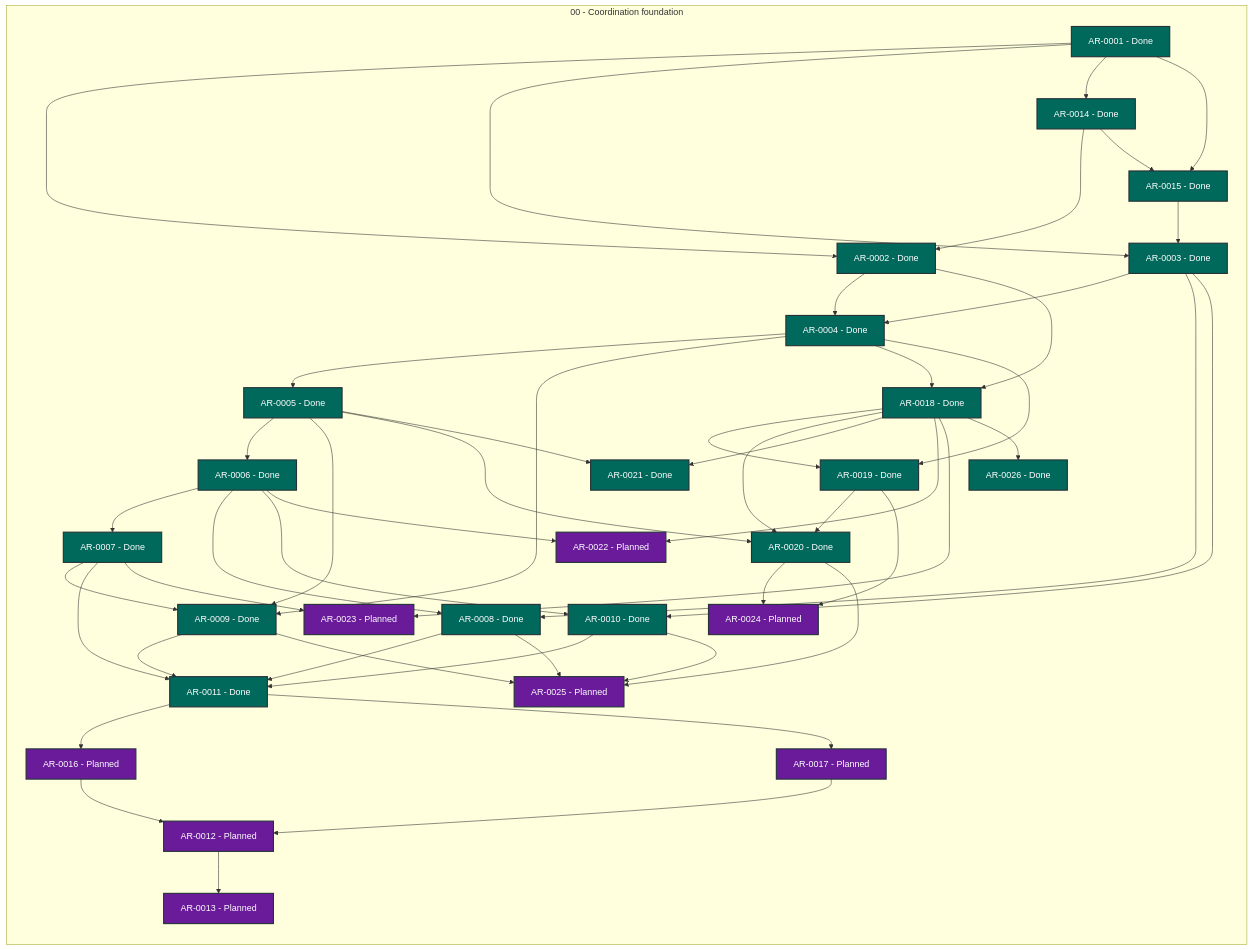
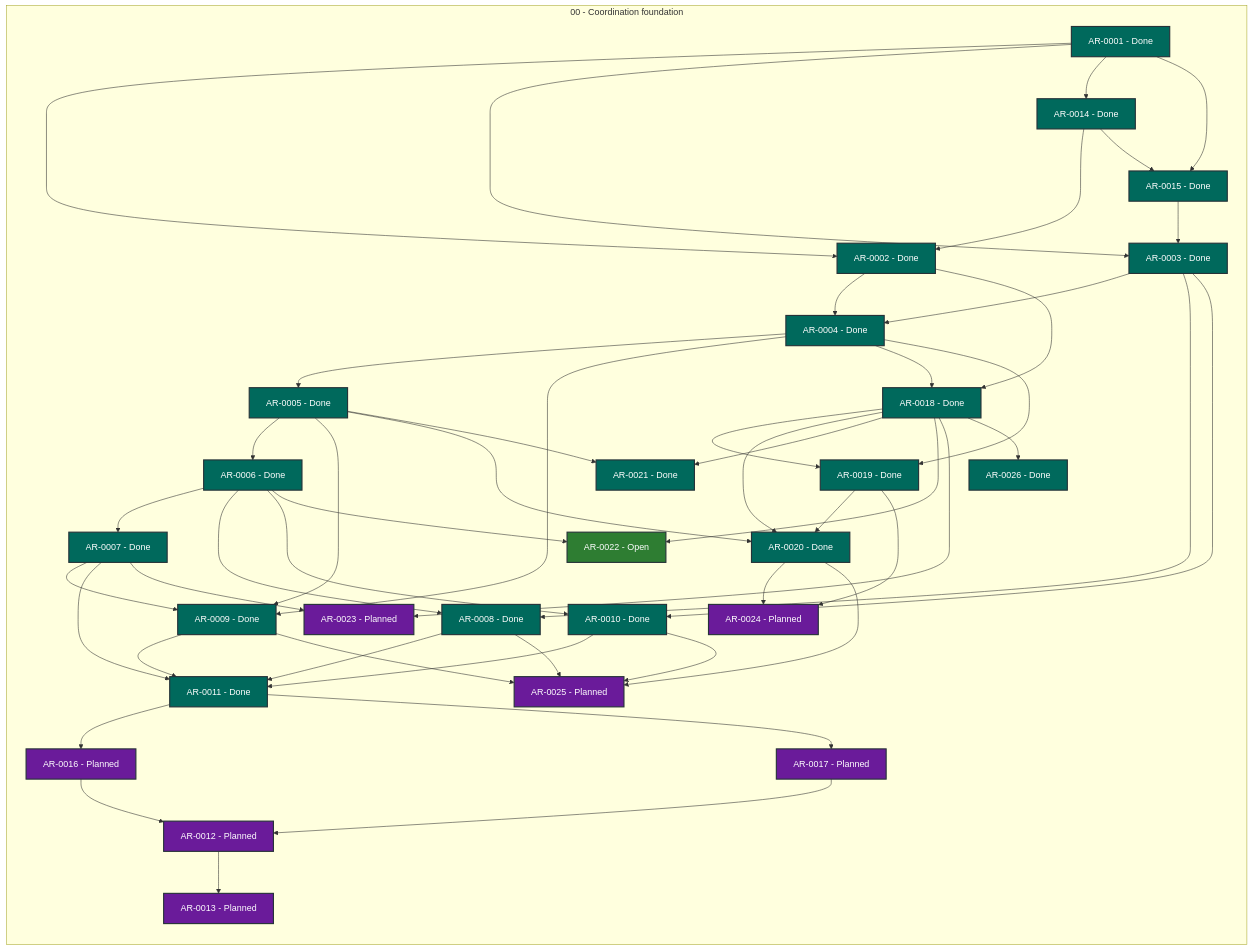
One commit to martin-beck/agent-workflow-tui-state changed the diagram in STATUS.md. Above: the diagram before and after it, drawn with Mermaid. The commit also changed other lines of this file and 2 other files, not shown here.

```diff
--- a/STATUS.md
+++ b/STATUS.md
@@ -49,7 +49,7 @@
         AR_0019["AR-0019 - Done"]:::status_done
         AR_0020["AR-0020 - Done"]:::status_done
         AR_0021["AR-0021 - Done"]:::status_done
-        AR_0022["AR-0022 - Planned"]:::status_planned
+        AR_0022["AR-0022 - Open"]:::status_open
         AR_0023["AR-0023 - Planned"]:::status_planned
         AR_0024["AR-0024 - Planned"]:::status_planned
         AR_0025["AR-0025 - Planned"]:::status_planned
```
